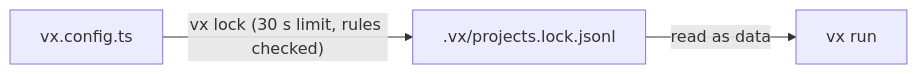
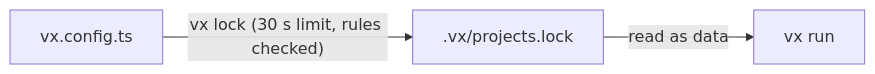
Before and after one commit to vznjs/vx: the diagram in private/vx-docs/src/content/docs/blog/guard-rails.md, drawn with Mermaid. The commit also changed 125 other files, not shown here.

First line of the commit message:
refactor(cli)!: drop the lock merge driver, name it .vx/projects.lock

````diff
--- a/private/vx-docs/src/content/docs/blog/guard-rails.md
+++ b/private/vx-docs/src/content/docs/blog/guard-rails.md
@@ -71,5 +71,5 @@
 ```mermaid
 flowchart LR
-  C[vx.config.ts] -->|"vx lock (30 s limit, rules checked)"| L[.vx/projects.lock.jsonl]
+  C[vx.config.ts] -->|"vx lock (30 s limit, rules checked)"| L[.vx/projects.lock]
   L -->|read as data| R[vx run]
 ```
````
